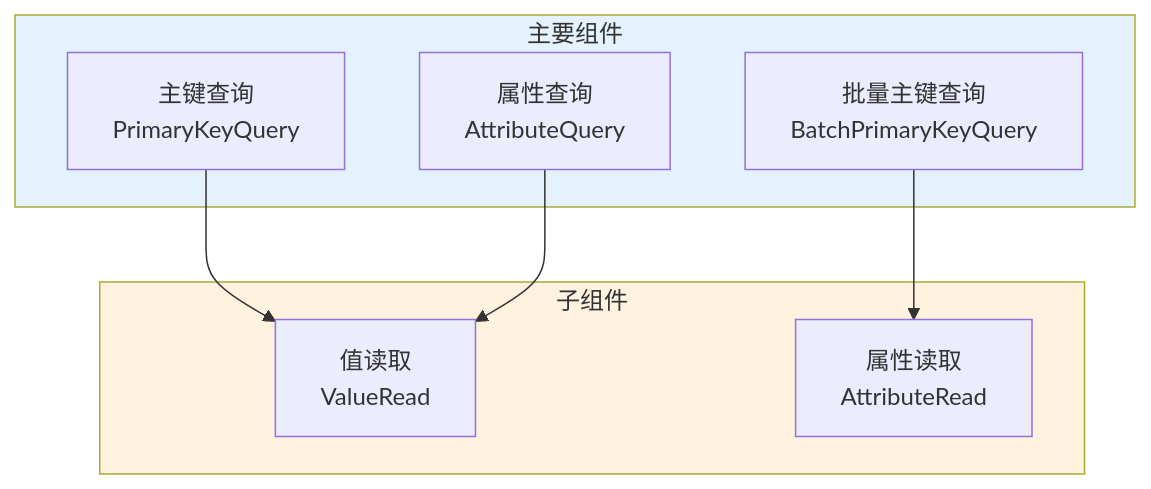
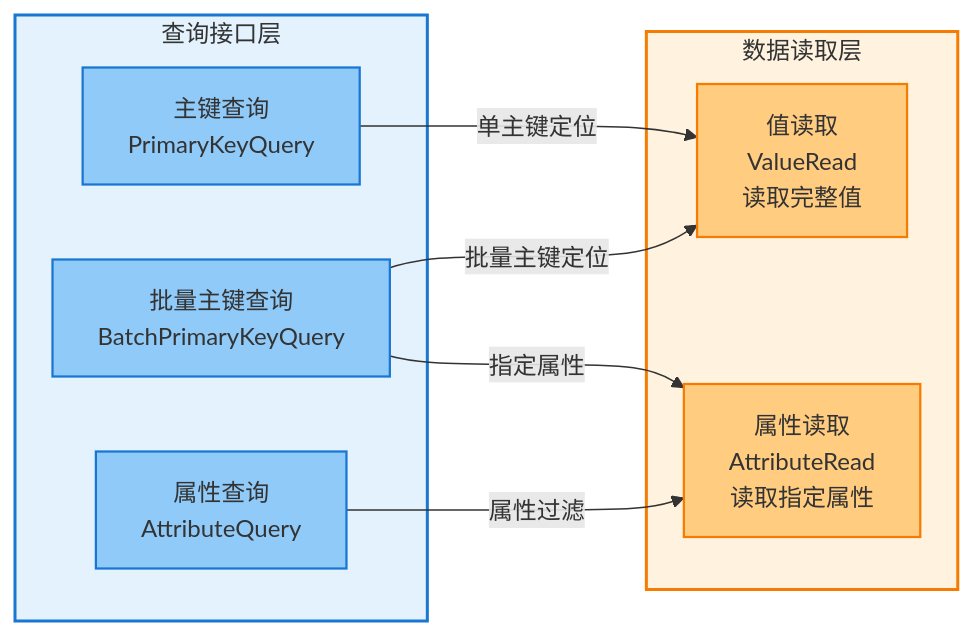
Diagram 11 of 28 in _posts/2025-07-14-indexlib-8-index-types.md (zhouzhilong-commits/zhouzhilong-commits.github.io), drawn with Mermaid before and after one commit. The commit also changed other lines of this file and 6 other files, not shown here.

````diff
--- a/_posts/2025-07-14-indexlib-8-index-types.md
+++ b/_posts/2025-07-14-indexlib-8-index-types.md
@@ -525,20 +610,26 @@
 ```mermaid
-flowchart TD
-    subgraph Main["主要组件"]
+flowchart LR
+    subgraph Query["查询接口层"]
         A["主键查询<br/>PrimaryKeyQuery"]
         B["批量主键查询<br/>BatchPrimaryKeyQuery"]
         C["属性查询<br/>AttributeQuery"]
     end
     
-    subgraph Sub["子组件"]
-        D["值读取<br/>ValueRead"]
-        E["属性读取<br/>AttributeRead"]
+    subgraph Read["数据读取层"]
+        D["值读取<br/>ValueRead<br/>读取完整值"]
+        E["属性读取<br/>AttributeRead<br/>读取指定属性"]
     end
     
-    A --> D
-    B --> E
-    C --> D
+    A -->|单主键定位| D
+    B -->|批量主键定位| D
+    B -->|指定属性| E
+    C -->|属性过滤| E
     
-    style Main fill:#e3f2fd
-    style Sub fill:#fff3e0
+    style Query fill:#e3f2fd,stroke:#1976d2,stroke-width:2px
+    style Read fill:#fff3e0,stroke:#f57c00,stroke-width:2px
+    style A fill:#90caf9,stroke:#1976d2,stroke-width:1.5px
+    style B fill:#90caf9,stroke:#1976d2,stroke-width:1.5px
+    style C fill:#90caf9,stroke:#1976d2,stroke-width:1.5px
+    style D fill:#ffcc80,stroke:#f57c00,stroke-width:1.5px
+    style E fill:#ffcc80,stroke:#f57c00,stroke-width:1.5px
 ```
````
